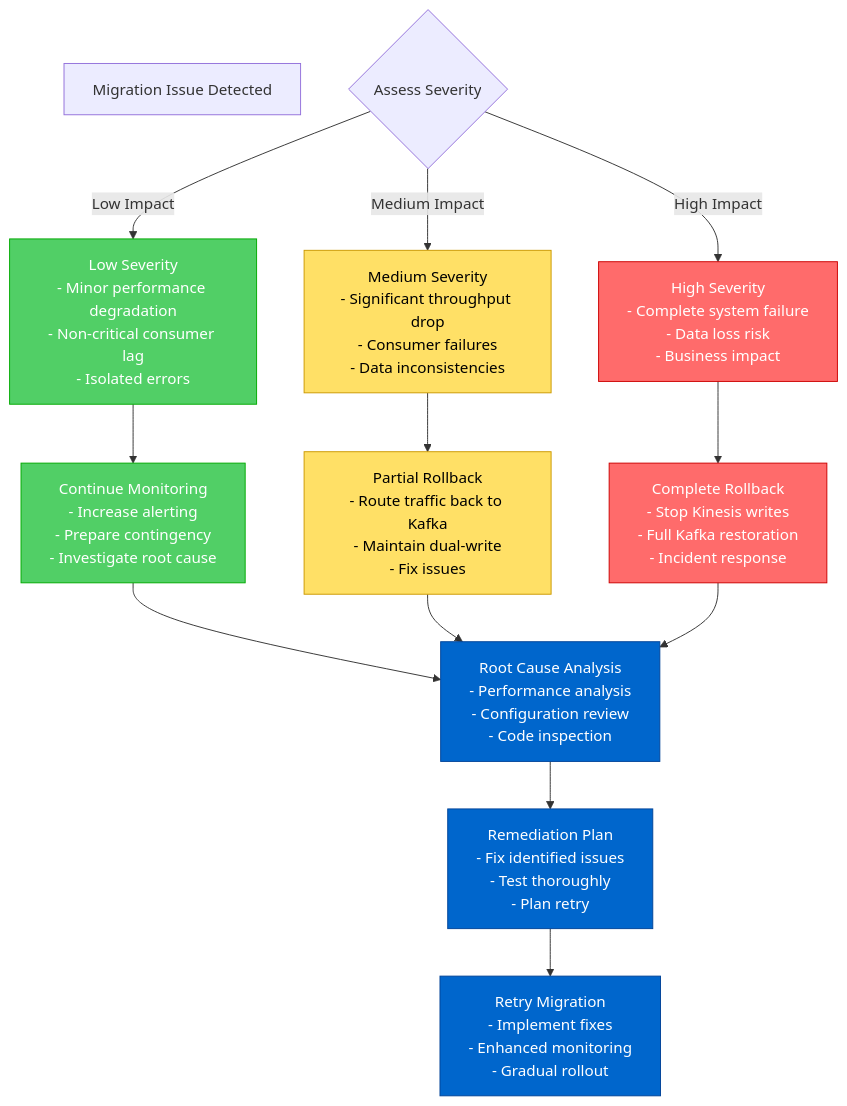
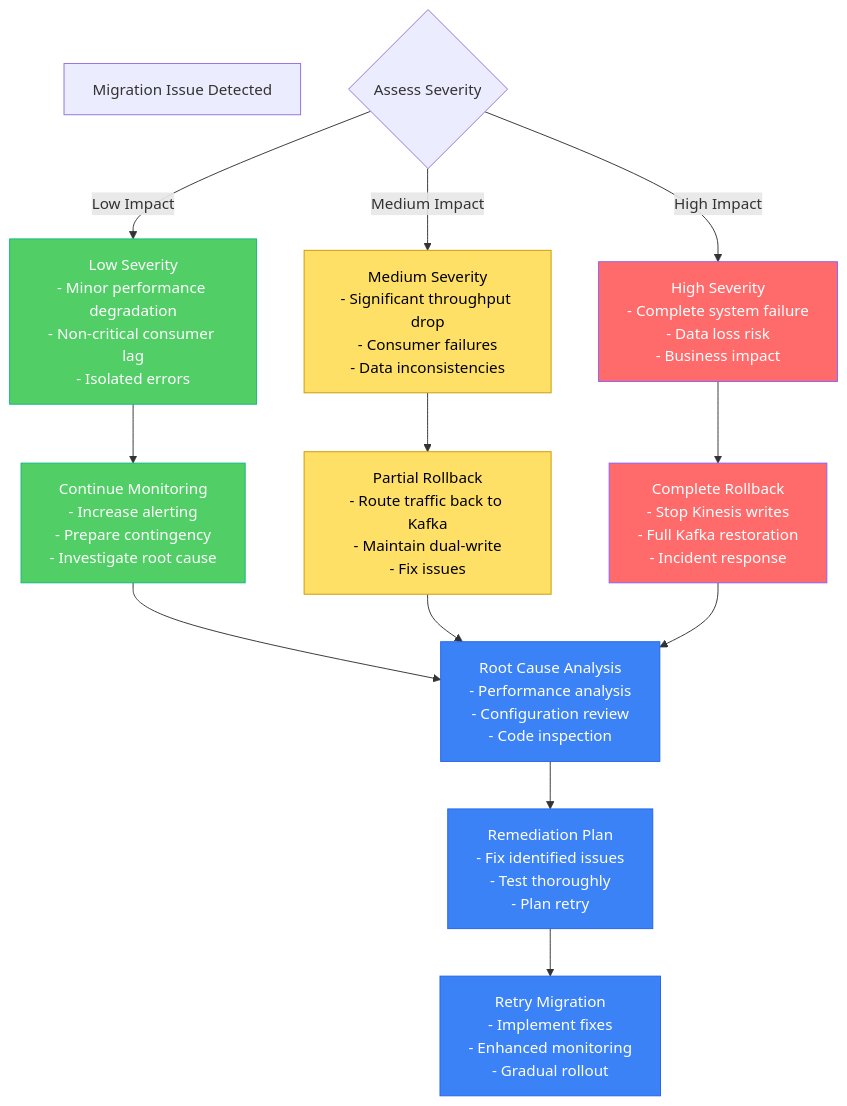
Before and after one commit to deepaucksharma/DS: the seventh of 7 diagrams in site/docs/migrations/kafka-to-kinesis.md, drawn with Mermaid. The commit also changed other lines of this file and 303 other files, not shown here.

````diff
--- a/site/docs/migrations/kafka-to-kinesis.md
+++ b/site/docs/migrations/kafka-to-kinesis.md
@@ -680,50 +680,50 @@
 ```mermaid
 flowchart TD
     START[Migration Issue Detected]
 
     ASSESS{Assess Severity}
 
     LOW[Low Severity<br/>- Minor performance degradation<br/>- Non-critical consumer lag<br/>- Isolated errors]
 
     MEDIUM[Medium Severity<br/>- Significant throughput drop<br/>- Consumer failures<br/>- Data inconsistencies]
 
     HIGH[High Severity<br/>- Complete system failure<br/>- Data loss risk<br/>- Business impact]
 
     MONITOR[Continue Monitoring<br/>- Increase alerting<br/>- Prepare contingency<br/>- Investigate root cause]
 
     PARTIAL[Partial Rollback<br/>- Route traffic back to Kafka<br/>- Maintain dual-write<br/>- Fix issues]
 
     COMPLETE[Complete Rollback<br/>- Stop Kinesis writes<br/>- Full Kafka restoration<br/>- Incident response]
 
     INVESTIGATE[Root Cause Analysis<br/>- Performance analysis<br/>- Configuration review<br/>- Code inspection]
 
     REMEDIATE[Remediation Plan<br/>- Fix identified issues<br/>- Test thoroughly<br/>- Plan retry]
 
     RETRY[Retry Migration<br/>- Implement fixes<br/>- Enhanced monitoring<br/>- Gradual rollout]
 
     ASSESS -->|Low Impact| LOW
     ASSESS -->|Medium Impact| MEDIUM
     ASSESS -->|High Impact| HIGH
 
     LOW --> MONITOR
     MEDIUM --> PARTIAL
     HIGH --> COMPLETE
 
     MONITOR --> INVESTIGATE
     PARTIAL --> INVESTIGATE
     COMPLETE --> INVESTIGATE
 
     INVESTIGATE --> REMEDIATE
     REMEDIATE --> RETRY
 
     %% Apply colors
-    classDef lowRisk fill:#51CF66,stroke:#00AA00,color:#fff
+    classDef lowRisk fill:#51CF66,stroke:#10B981,color:#fff
     classDef mediumRisk fill:#FFE066,stroke:#CC9900,color:#000
-    classDef highRisk fill:#FF6B6B,stroke:#CC0000,color:#fff
-    classDef actionStyle fill:#0066CC,stroke:#004499,color:#fff
+    classDef highRisk fill:#FF6B6B,stroke:#8B5CF6,color:#fff
+    classDef actionStyle fill:#3B82F6,stroke:#2563EB,color:#fff
 
     class LOW,MONITOR lowRisk
     class MEDIUM,PARTIAL mediumRisk
     class HIGH,COMPLETE highRisk
     class INVESTIGATE,REMEDIATE,RETRY actionStyle
 ```
````
